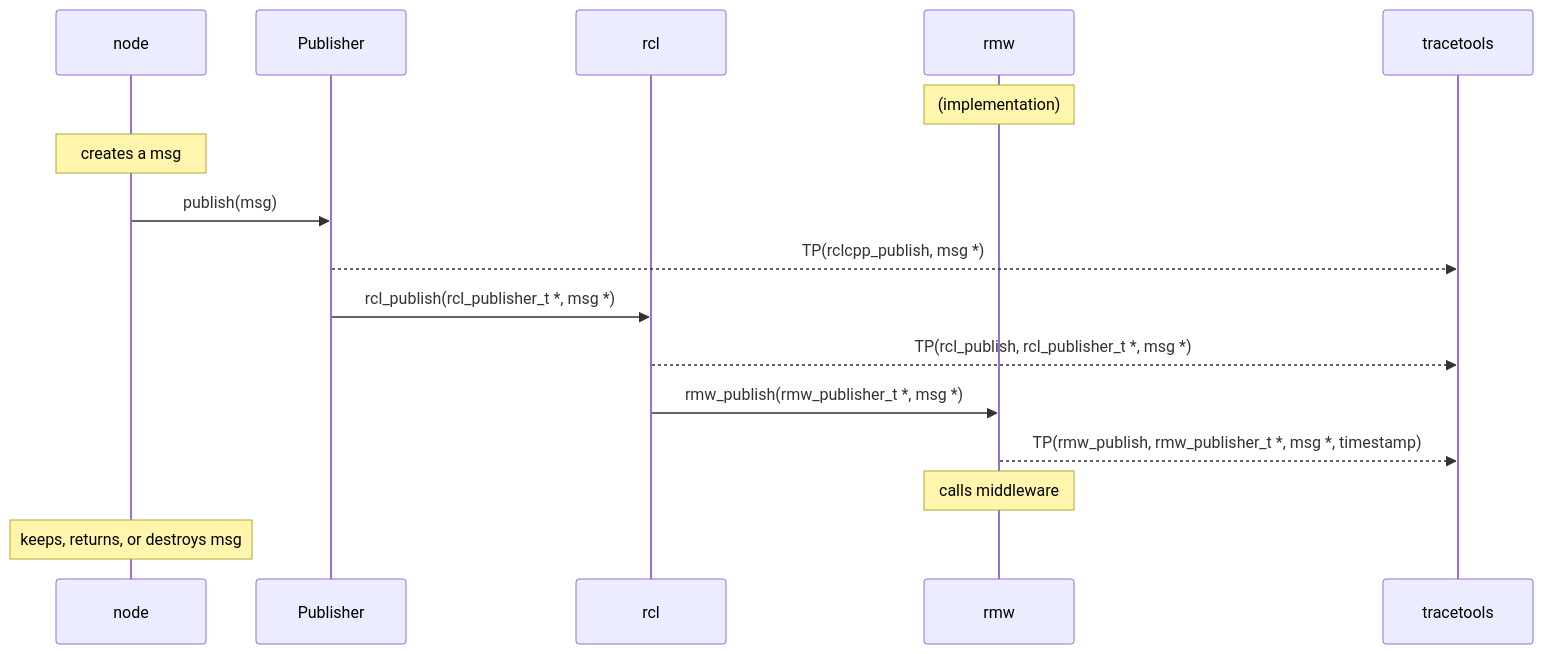
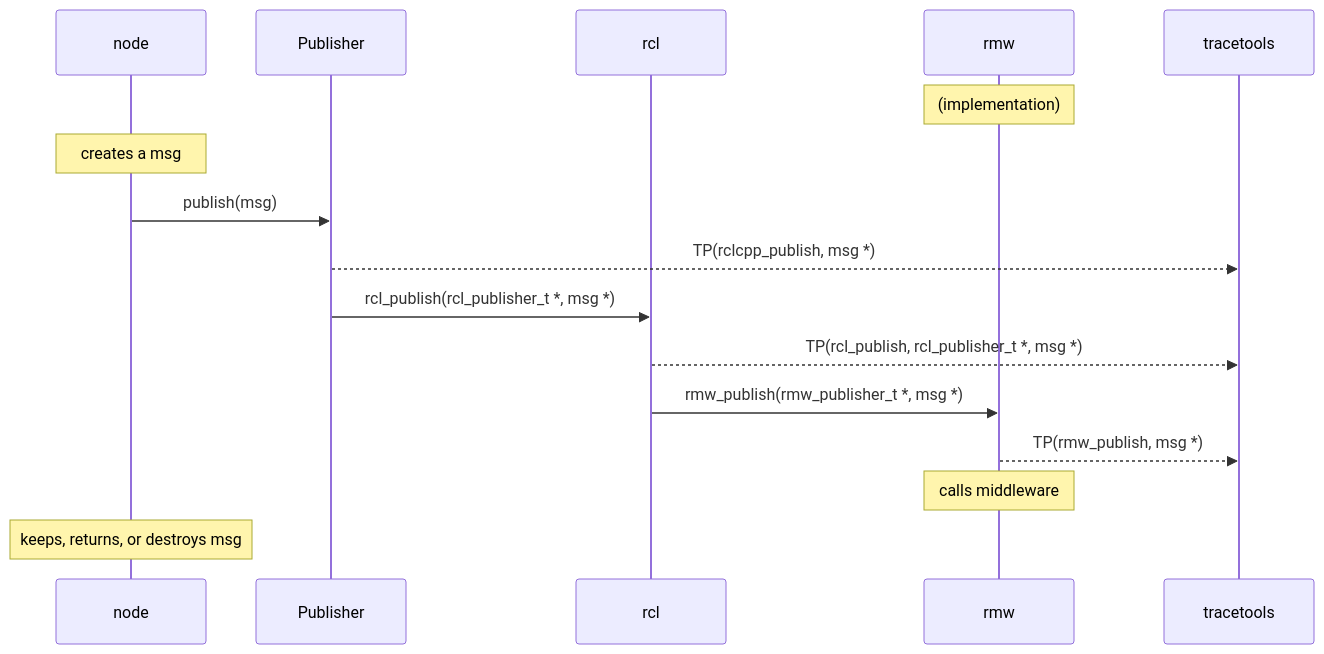
One commit to ros2-gbp/ros2_tracing-release changed the seventh of 17 diagrams in doc/design_ros_2.md. Above: the diagram before and after it, drawn with Mermaid. The commit also changed other lines of this file and 138 other files, not shown here.

````diff
--- a/doc/design_ros_2.md
+++ b/doc/design_ros_2.md
@@ -521,20 +444,20 @@
 ```mermaid
 sequenceDiagram
     participant node
     participant Publisher
     participant rcl
     participant rmw
     participant tracetools
 
     Note over rmw: (implementation)
 
     Note over node: creates a msg
     node->>Publisher: publish(msg)
     Publisher-->>tracetools: TP(rclcpp_publish, msg *)
     Publisher->>rcl: rcl_publish(rcl_publisher_t *, msg *)
     rcl-->>tracetools: TP(rcl_publish, rcl_publisher_t *, msg *)
     rcl->>rmw: rmw_publish(rmw_publisher_t *, msg *)
-    rmw-->>tracetools: TP(rmw_publish, rmw_publisher_t *, msg *, timestamp)
+    rmw-->>tracetools: TP(rmw_publish, msg *)
     Note over rmw: calls middleware
     Note over node: keeps, returns, or destroys msg
 ```
````
